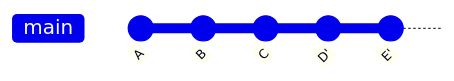
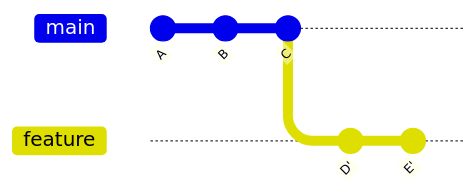
One commit to NathanKr/git-rebase-or-merge changed the fourth of 4 diagrams in README.md. Above: the diagram before and after it, drawn with Mermaid.

Commit message:
Fix rebase after diagram to show both branches consistently

````diff
--- a/README.md
+++ b/README.md
@@ -78,8 +78,9 @@
 ```mermaid
 gitGraph
    commit id: "A"
    commit id: "B"
    commit id: "C"
+   branch feature
    commit id: "D'"
    commit id: "E'"
 ```
````
